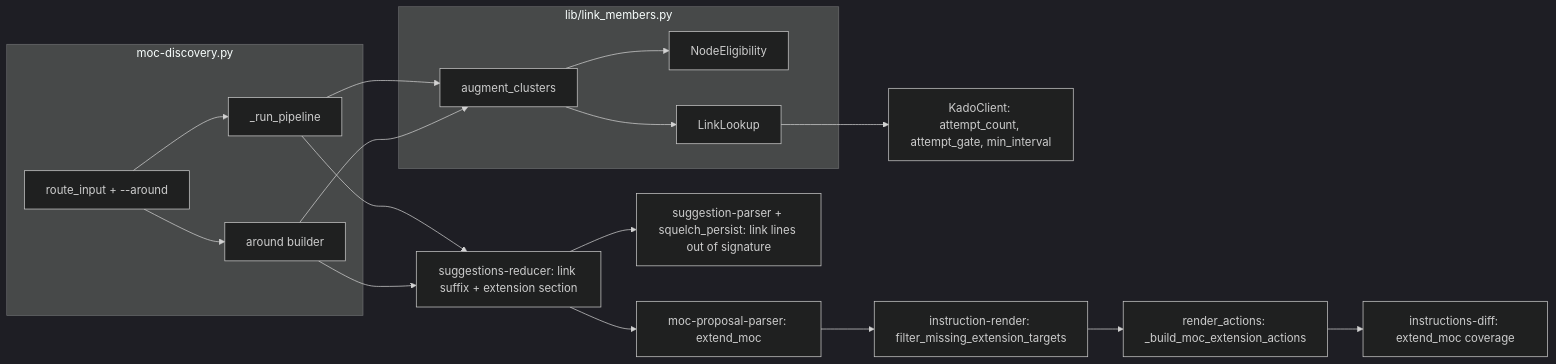
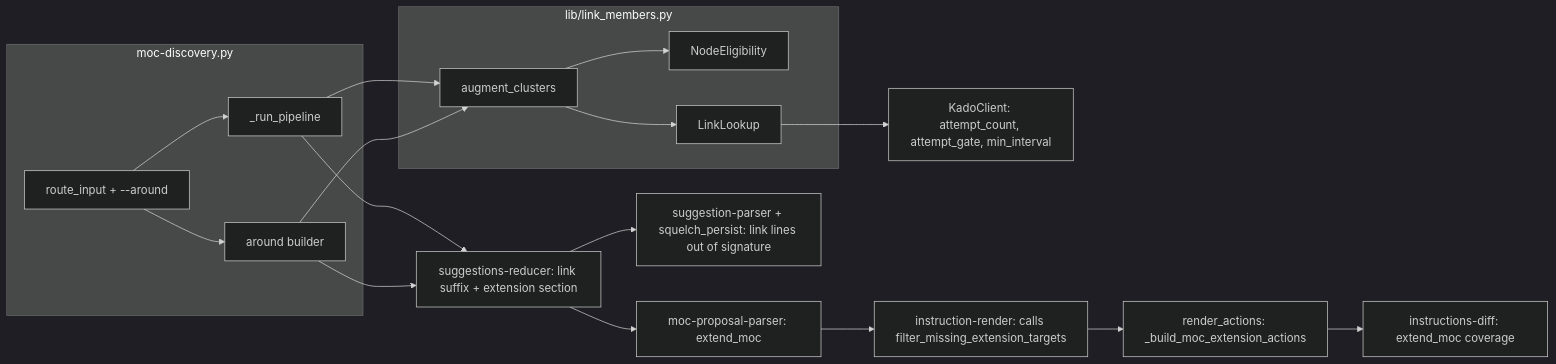
One commit to MMoMM-org/miyo-tomo changed the second of 3 diagrams in docs/XDD/specs/042-moc-propose-link-members/solution.md. Above: the diagram before and after it, drawn with Mermaid (dark theme). The commit also changed other lines of this file and 1 other file, not shown here.

First line of the commit message:
docs(spec-042): record Phase 4 extension details in SDD and PRD

````diff
--- a/docs/XDD/specs/042-moc-propose-link-members/solution.md
+++ b/docs/XDD/specs/042-moc-propose-link-members/solution.md
@@ -260,29 +260,29 @@
 ```mermaid
 graph LR
     subgraph discovery [moc-discovery.py]
       Route[route_input + --around]
       Pipe[_run_pipeline]
       Around[around builder]
     end
     subgraph lib [lib/link_members.py]
       Elig[NodeEligibility]
       Look[LinkLookup]
       Aug[augment_clusters]
     end
     KC[KadoClient: attempt_count, attempt_gate, min_interval]
     Red[suggestions-reducer: link suffix + extension section]
     SP[suggestion-parser + squelch_persist: link lines out of signature]
     MPP[moc-proposal-parser: extend_moc]
-    IR[instruction-render: filter_missing_extension_targets]
+    IR[instruction-render: calls filter_missing_extension_targets]
     RA[render_actions: _build_moc_extension_actions]
     Diff[instructions-diff: extend_moc coverage]
 
     Route --> Pipe --> Aug
     Route --> Around --> Aug
     Aug --> Elig
     Aug --> Look --> KC
     Pipe --> Red
     Around --> Red
     Red --> SP
     Red --> MPP --> IR --> RA --> Diff
 ```
````
